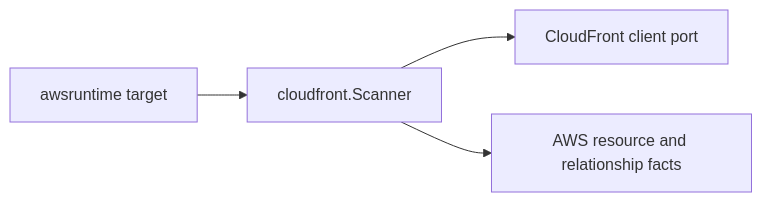
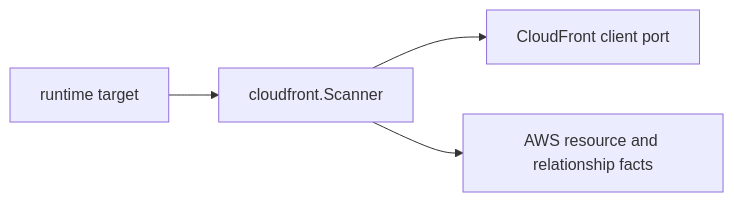
The diagram in go/internal/collector/cloud/aws/service/cloudfront/README.md (eshu-hq/eshu), drawn with Mermaid before and after one commit. The commit also changed other lines of this file and 2862 other files, not shown here.

````diff
--- a/go/internal/collector/cloud/aws/service/cloudfront/README.md
+++ b/go/internal/collector/cloud/aws/service/cloudfront/README.md
@@ -16,6 +16,6 @@
 ```mermaid
 flowchart LR
-    Runtime[awsruntime target] --> Scanner[cloudfront.Scanner]
+    Runtime[runtime target] --> Scanner[cloudfront.Scanner]
     Scanner --> Client[CloudFront client port]
     Scanner --> Facts[AWS resource and relationship facts]
 ```
````
